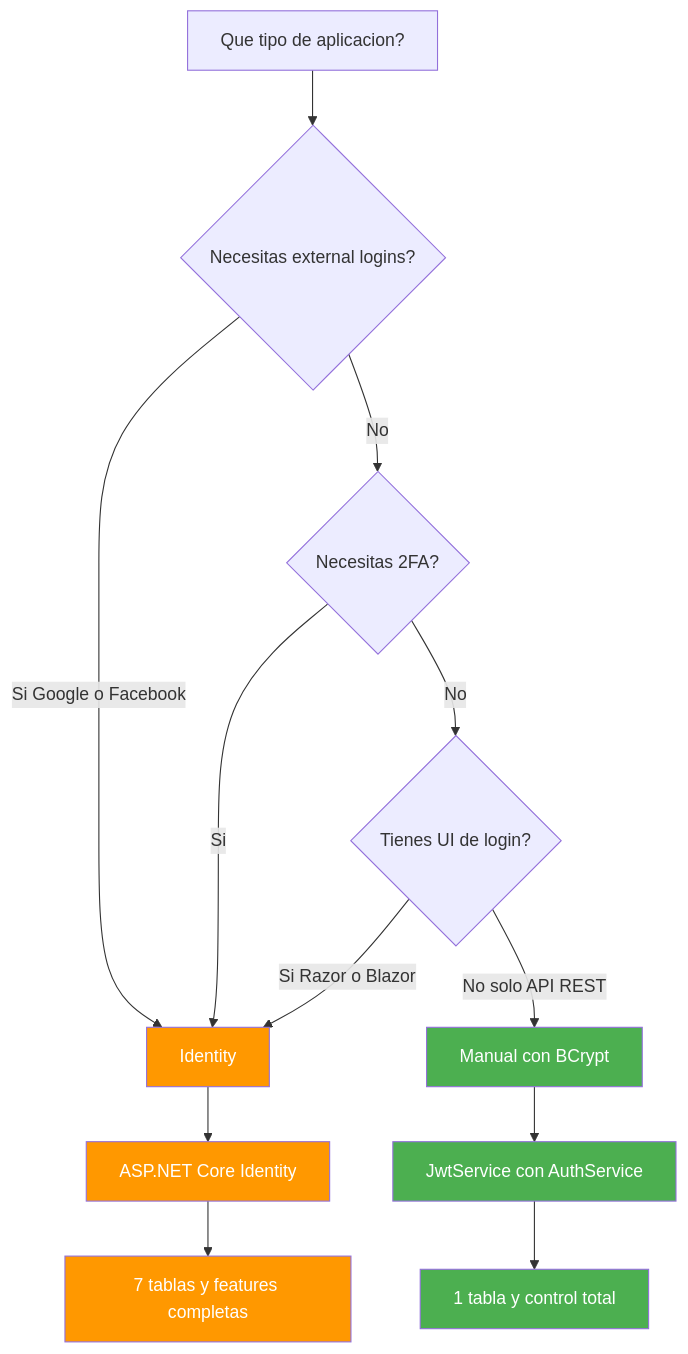
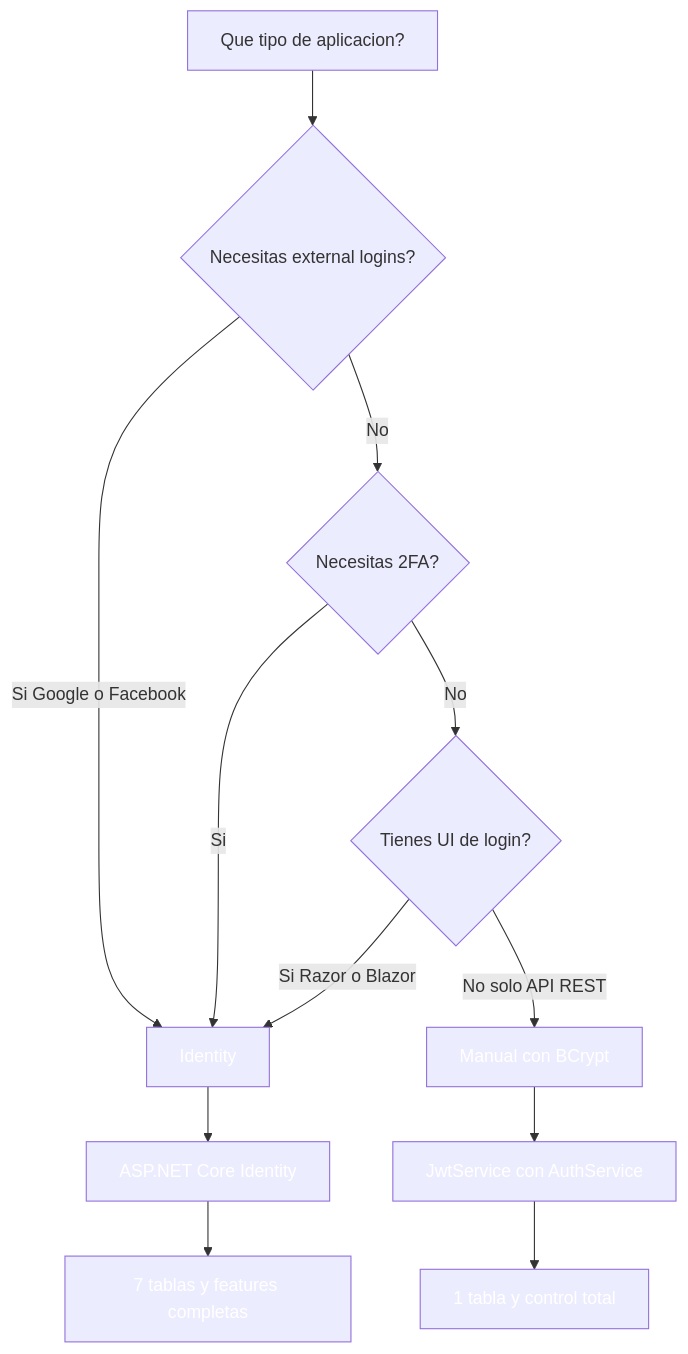
One commit to joseluisgs/DesarrolloWebEntornosServidor-02-2026-2027 changed diagram 15 of 15 in 16-autenticacion.md. Above: the diagram before and after it, drawn with Mermaid. The commit also changed other lines of this file and 41 other files, not shown here.

````diff
--- a/16-autenticacion.md
+++ b/16-autenticacion.md
@@ -1501,21 +1501,21 @@
 ```mermaid
 flowchart TD
     A[Que tipo de aplicacion?] --> B{Necesitas external logins?}
     B -->|Si Google o Facebook| C[Identity]
     B -->|No| D{Necesitas 2FA?}
     D -->|Si| C
     D -->|No| E{Tienes UI de login?}
     E -->|Si Razor o Blazor| C
     E -->|No solo API REST| F[Manual con BCrypt]
     C --> G[ASP.NET Core Identity]
     F --> H[JwtService con AuthService]
     G --> I[7 tablas y features completas]
     H --> J[1 tabla y control total]
 
-    style C fill:#FF9800,color:#fff
-    style F fill:#4CAF50,color:#fff
-    style G fill:#FF9800,color:#fff
-    style H fill:#4CAF50,color:#fff
-    style I fill:#FF9800,color:#fff
-    style J fill:#4CAF50,color:#fff
+    style C fill:#FF980,color:#fff0,color:#fff
+    style F fill:#4CAF5,color:#fff0,color:#fff
+    style G fill:#FF980,color:#fff0,color:#fff
+    style H fill:#4CAF5,color:#fff0,color:#fff
+    style I fill:#FF980,color:#fff0,color:#fff
+    style J fill:#4CAF5,color:#fff0,color:#fff
 ```
````
